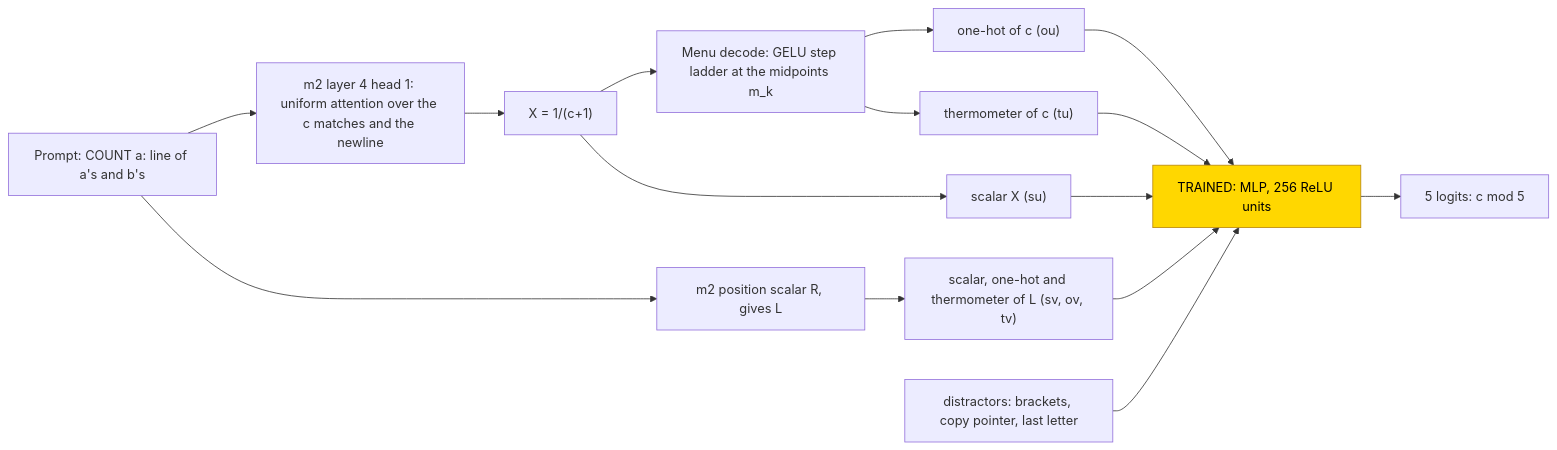
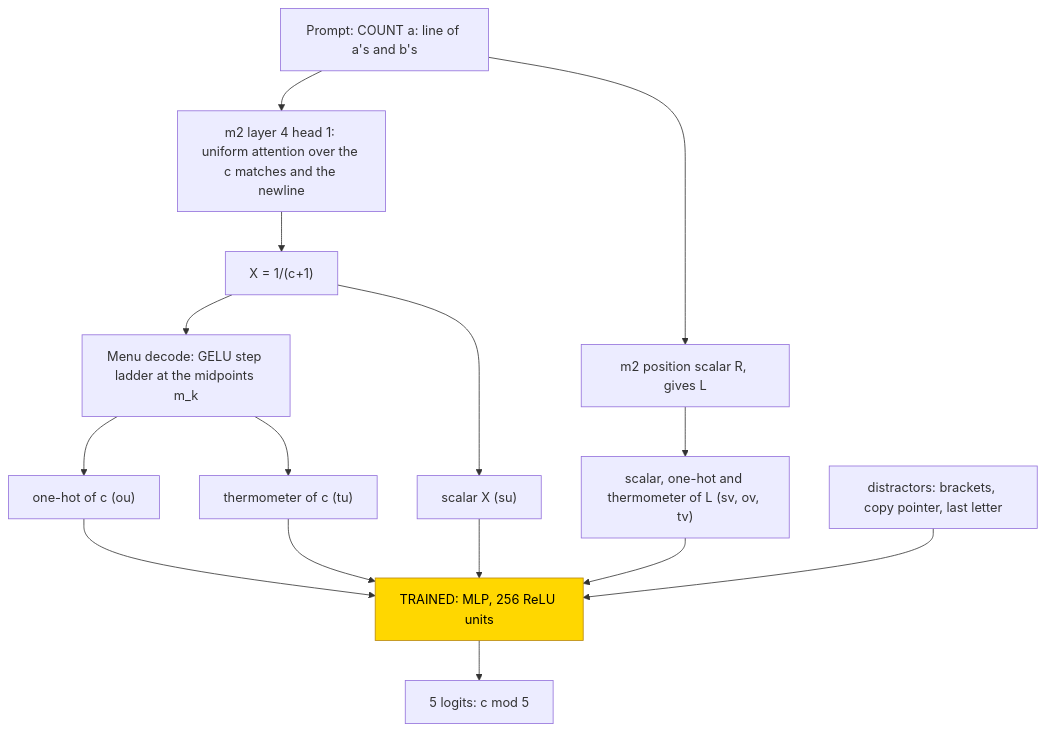
One commit to jc1122/mechanistic-interpretability-circuit-atlas changed the first of 2 diagrams in entries/count-mod-5.md. Above: the diagram before and after it, drawn with Mermaid. The commit also changed other lines of this file and 37 other files, not shown here.

````diff
--- a/entries/count-mod-5.md
+++ b/entries/count-mod-5.md
@@ -109,19 +109,19 @@
 ```mermaid
-flowchart LR
+flowchart TD
     P["Prompt: COUNT a: line of a's and b's"] --> H["m2 layer 4 head 1: uniform attention over the c matches and the newline"]
     H --> X["X = 1/(c+1)"]
     P --> R["m2 position scalar R, gives L"]
     X --> D["Menu decode: GELU step ladder at the midpoints m_k"]
     D --> OU["one-hot of c (ou)"]
     D --> TU["thermometer of c (tu)"]
     X --> SU["scalar X (su)"]
     R --> LB["scalar, one-hot and thermometer of L (sv, ov, tv)"]
     OU --> M["TRAINED: MLP, 256 ReLU units"]
     TU --> M
     SU --> M
     LB --> M
     DS["distractors: brackets, copy pointer, last letter"] --> M
     M --> Y["5 logits: c mod 5"]
     classDef trained fill:gold,stroke:darkgoldenrod,color:black
     class M trained
 ```
````
